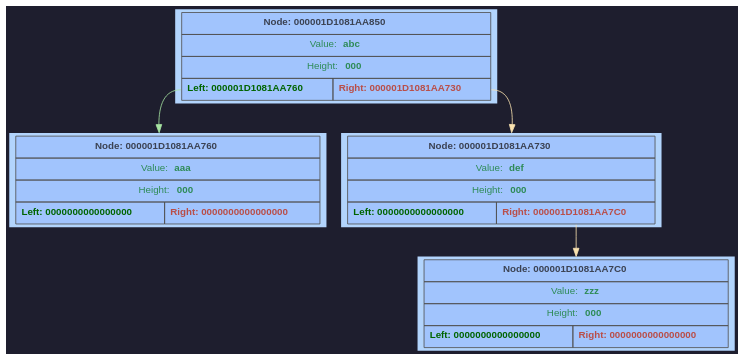
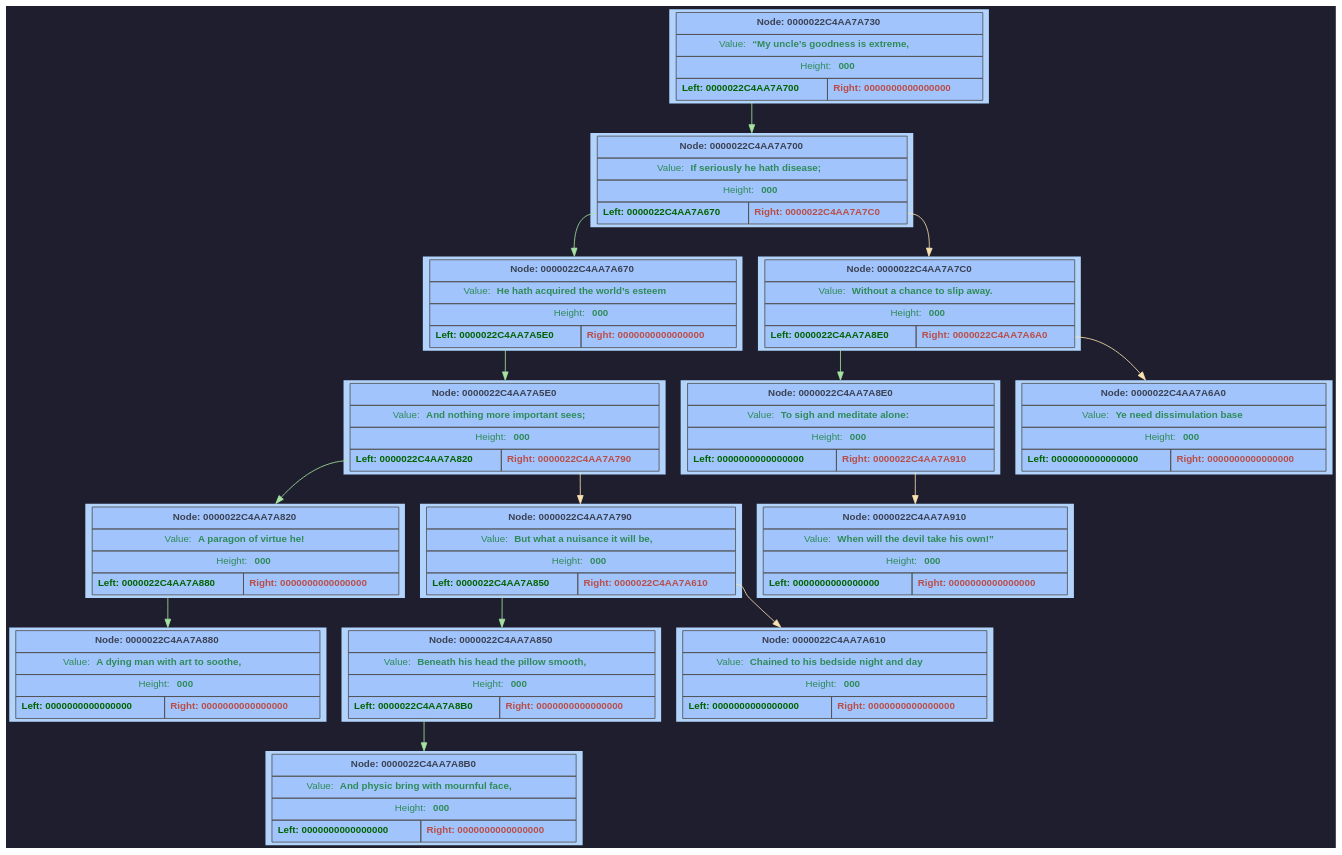
One commit to F1merhub/Binary_Tree changed the diagram in OrdinaryBinaryTree/GraphDump/dump.dot. Above: the diagram before and after it, drawn with Graphviz. The commit also changed 5 other files, not shown here.

Commit message:
sort onegin with graph_dump

```diff
--- a/OrdinaryBinaryTree/GraphDump/dump.dot
+++ b/OrdinaryBinaryTree/GraphDump/dump.dot
@@ -2,47 +2,157 @@
 	rankdir = TB;
 	bgcolor="#1e1e2e";
 	node [shape=rectangle, style=filled, fontname=Helvetica, fontsize=12, fillcolor="#89b4fa", color="#cba6f7", fontcolor="#1e1e2e"];
-	node000001D1081AA850 [shape=plaintext; style=filled; color="#fcf0d2"; fillcolor="#b2d4fc"; label = <
+	node0000022C4AA7A730 [shape=plaintext; style=filled; color="#fcf0d2"; fillcolor="#b2d4fc"; label = <
 		         <table BORDER="0" CELLBORDER="1" CELLSPACING="0" CELLPADDING="6" BGCOLOR="#a1c4fd" COLOR="#4f4f4f">
-			           <tr><td align='center' colspan='2'><FONT COLOR='#3b4252'><b>Node: 000001D1081AA850</b></FONT></td></tr>
-			           <tr><td align='center' colspan='2'><FONT COLOR='#2e8b57'>Value: <b>abc</b></FONT></td></tr>
+			           <tr><td align='center' colspan='2'><FONT COLOR='#3b4252'><b>Node: 0000022C4AA7A730</b></FONT></td></tr>
+			           <tr><td align='center' colspan='2'><FONT COLOR='#2e8b57'>Value: <b>“My uncle’s goodness is extreme,</b></FONT></td></tr>
 			           <tr><td align='center' colspan='2'><FONT COLOR='#2e8b57'>Height: <b>000</b></FONT></td></tr>
 			           <tr>
-			               <td WIDTH='150' PORT='left'  align='center'><FONT COLOR='#006400'><b>Left: 000001D1081AA760</b></FONT></td>
-			               <td WIDTH='150' PORT='right' align='center'><FONT COLOR='#b94e48'><b>Right: 000001D1081AA730</b></FONT></td>
+			               <td WIDTH='150' PORT='left'  align='center'><FONT COLOR='#006400'><b>Left: 0000022C4AA7A700</b></FONT></td>
+			               <td WIDTH='150' PORT='right' align='center'><FONT COLOR='#b94e48'><b>Right: 0000000000000000</b></FONT></td>
 			           </tr>
 		         </table> >];
-	node000001D1081AA760 [shape=plaintext; style=filled; color="#fcf0d2"; fillcolor="#b2d4fc"; label = <
+	node0000022C4AA7A700 [shape=plaintext; style=filled; color="#fcf0d2"; fillcolor="#b2d4fc"; label = <
 		         <table BORDER="0" CELLBORDER="1" CELLSPACING="0" CELLPADDING="6" BGCOLOR="#a1c4fd" COLOR="#4f4f4f">
-			           <tr><td align='center' colspan='2'><FONT COLOR='#3b4252'><b>Node: 000001D1081AA760</b></FONT></td></tr>
-			           <tr><td align='center' colspan='2'><FONT COLOR='#2e8b57'>Value: <b>aaa</b></FONT></td></tr>
+			           <tr><td align='center' colspan='2'><FONT COLOR='#3b4252'><b>Node: 0000022C4AA7A700</b></FONT></td></tr>
+			           <tr><td align='center' colspan='2'><FONT COLOR='#2e8b57'>Value: <b>If seriously he hath disease;</b></FONT></td></tr>
+			           <tr><td align='center' colspan='2'><FONT COLOR='#2e8b57'>Height: <b>000</b></FONT></td></tr>
+			           <tr>
+			               <td WIDTH='150' PORT='left'  align='center'><FONT COLOR='#006400'><b>Left: 0000022C4AA7A670</b></FONT></td>
+			               <td WIDTH='150' PORT='right' align='center'><FONT COLOR='#b94e48'><b>Right: 0000022C4AA7A7C0</b></FONT></td>
+			           </tr>
+		         </table> >];
+	node0000022C4AA7A670 [shape=plaintext; style=filled; color="#fcf0d2"; fillcolor="#b2d4fc"; label = <
+		         <table BORDER="0" CELLBORDER="1" CELLSPACING="0" CELLPADDING="6" BGCOLOR="#a1c4fd" COLOR="#4f4f4f">
+			           <tr><td align='center' colspan='2'><FONT COLOR='#3b4252'><b>Node: 0000022C4AA7A670</b></FONT></td></tr>
+			           <tr><td align='center' colspan='2'><FONT COLOR='#2e8b57'>Value: <b>He hath acquired the world’s esteem</b></FONT></td></tr>
+			           <tr><td align='center' colspan='2'><FONT COLOR='#2e8b57'>Height: <b>000</b></FONT></td></tr>
+			           <tr>
+			               <td WIDTH='150' PORT='left'  align='center'><FONT COLOR='#006400'><b>Left: 0000022C4AA7A5E0</b></FONT></td>
+			               <td WIDTH='150' PORT='right' align='center'><FONT COLOR='#b94e48'><b>Right: 0000000000000000</b></FONT></td>
+			           </tr>
+		         </table> >];
+	node0000022C4AA7A5E0 [shape=plaintext; style=filled; color="#fcf0d2"; fillcolor="#b2d4fc"; label = <
+		         <table BORDER="0" CELLBORDER="1" CELLSPACING="0" CELLPADDING="6" BGCOLOR="#a1c4fd" COLOR="#4f4f4f">
+			           <tr><td align='center' colspan='2'><FONT COLOR='#3b4252'><b>Node: 0000022C4AA7A5E0</b></FONT></td></tr>
+			           <tr><td align='center' colspan='2'><FONT COLOR='#2e8b57'>Value: <b>And nothing more important sees;</b></FONT></td></tr>
+			           <tr><td align='center' colspan='2'><FONT COLOR='#2e8b57'>Height: <b>000</b></FONT></td></tr>
+			           <tr>
+			               <td WIDTH='150' PORT='left'  align='center'><FONT COLOR='#006400'><b>Left: 0000022C4AA7A820</b></FONT></td>
+			               <td WIDTH='150' PORT='right' align='center'><FONT COLOR='#b94e48'><b>Right: 0000022C4AA7A790</b></FONT></td>
+			           </tr>
+		         </table> >];
+	node0000022C4AA7A820 [shape=plaintext; style=filled; color="#fcf0d2"; fillcolor="#b2d4fc"; label = <
+		         <table BORDER="0" CELLBORDER="1" CELLSPACING="0" CELLPADDING="6" BGCOLOR="#a1c4fd" COLOR="#4f4f4f">
+			           <tr><td align='center' colspan='2'><FONT COLOR='#3b4252'><b>Node: 0000022C4AA7A820</b></FONT></td></tr>
+			           <tr><td align='center' colspan='2'><FONT COLOR='#2e8b57'>Value: <b>A paragon of virtue he!</b></FONT></td></tr>
+			           <tr><td align='center' colspan='2'><FONT COLOR='#2e8b57'>Height: <b>000</b></FONT></td></tr>
+			           <tr>
+			               <td WIDTH='150' PORT='left'  align='center'><FONT COLOR='#006400'><b>Left: 0000022C4AA7A880</b></FONT></td>
+			               <td WIDTH='150' PORT='right' align='center'><FONT COLOR='#b94e48'><b>Right: 0000000000000000</b></FONT></td>
+			           </tr>
+		         </table> >];
+	node0000022C4AA7A880 [shape=plaintext; style=filled; color="#fcf0d2"; fillcolor="#b2d4fc"; label = <
+		         <table BORDER="0" CELLBORDER="1" CELLSPACING="0" CELLPADDING="6" BGCOLOR="#a1c4fd" COLOR="#4f4f4f">
+			           <tr><td align='center' colspan='2'><FONT COLOR='#3b4252'><b>Node: 0000022C4AA7A880</b></FONT></td></tr>
+			           <tr><td align='center' colspan='2'><FONT COLOR='#2e8b57'>Value: <b>A dying man with art to soothe,</b></FONT></td></tr>
 			           <tr><td align='center' colspan='2'><FONT COLOR='#2e8b57'>Height: <b>000</b></FONT></td></tr>
 			           <tr>
 			               <td WIDTH='150' PORT='left'  align='center'><FONT COLOR='#006400'><b>Left: 0000000000000000</b></FONT></td>
 			               <td WIDTH='150' PORT='right' align='center'><FONT COLOR='#b94e48'><b>Right: 0000000000000000</b></FONT></td>
 			           </tr>
 		         </table> >];
-	node000001D1081AA850:left -> node000001D1081AA760 [color="#a6e3a1"];
-	node000001D1081AA730 [shape=plaintext; style=filled; color="#fcf0d2"; fillcolor="#b2d4fc"; label = <
+	node0000022C4AA7A820:left -> node0000022C4AA7A880 [color="#a6e3a1"];
+	node0000022C4AA7A5E0:left -> node0000022C4AA7A820 [color="#a6e3a1"];
+	node0000022C4AA7A790 [shape=plaintext; style=filled; color="#fcf0d2"; fillcolor="#b2d4fc"; label = <
 		         <table BORDER="0" CELLBORDER="1" CELLSPACING="0" CELLPADDING="6" BGCOLOR="#a1c4fd" COLOR="#4f4f4f">
-			           <tr><td align='center' colspan='2'><FONT COLOR='#3b4252'><b>Node: 000001D1081AA730</b></FONT></td></tr>
-			           <tr><td align='center' colspan='2'><FONT COLOR='#2e8b57'>Value: <b>def</b></FONT></td></tr>
+			           <tr><td align='center' colspan='2'><FONT COLOR='#3b4252'><b>Node: 0000022C4AA7A790</b></FONT></td></tr>
+			           <tr><td align='center' colspan='2'><FONT COLOR='#2e8b57'>Value: <b>But what a nuisance it will be,</b></FONT></td></tr>
 			           <tr><td align='center' colspan='2'><FONT COLOR='#2e8b57'>Height: <b>000</b></FONT></td></tr>
 			           <tr>
-			               <td WIDTH='150' PORT='left'  align='center'><FONT COLOR='#006400'><b>Left: 0000000000000000</b></FONT></td>
-			               <td WIDTH='150' PORT='right' align='center'><FONT COLOR='#b94e48'><b>Right: 000001D1081AA7C0</b></FONT></td>
+			               <td WIDTH='150' PORT='left'  align='center'><FONT COLOR='#006400'><b>Left: 0000022C4AA7A850</b></FONT></td>
+			               <td WIDTH='150' PORT='right' align='center'><FONT COLOR='#b94e48'><b>Right: 0000022C4AA7A610</b></FONT></td>
 			           </tr>
 		         </table> >];
-	node000001D1081AA7C0 [shape=plaintext; style=filled; color="#fcf0d2"; fillcolor="#b2d4fc"; label = <
+	node0000022C4AA7A850 [shape=plaintext; style=filled; color="#fcf0d2"; fillcolor="#b2d4fc"; label = <
 		         <table BORDER="0" CELLBORDER="1" CELLSPACING="0" CELLPADDING="6" BGCOLOR="#a1c4fd" COLOR="#4f4f4f">
-			           <tr><td align='center' colspan='2'><FONT COLOR='#3b4252'><b>Node: 000001D1081AA7C0</b></FONT></td></tr>
-			           <tr><td align='center' colspan='2'><FONT COLOR='#2e8b57'>Value: <b>zzz</b></FONT></td></tr>
+			           <tr><td align='center' colspan='2'><FONT COLOR='#3b4252'><b>Node: 0000022C4AA7A850</b></FONT></td></tr>
+			           <tr><td align='center' colspan='2'><FONT COLOR='#2e8b57'>Value: <b>Beneath his head the pillow smooth,</b></FONT></td></tr>
+			           <tr><td align='center' colspan='2'><FONT COLOR='#2e8b57'>Height: <b>000</b></FONT></td></tr>
+			           <tr>
+			               <td WIDTH='150' PORT='left'  align='center'><FONT COLOR='#006400'><b>Left: 0000022C4AA7A8B0</b></FONT></td>
+			               <td WIDTH='150' PORT='right' align='center'><FONT COLOR='#b94e48'><b>Right: 0000000000000000</b></FONT></td>
+			           </tr>
+		         </table> >];
+	node0000022C4AA7A8B0 [shape=plaintext; style=filled; color="#fcf0d2"; fillcolor="#b2d4fc"; label = <
+		         <table BORDER="0" CELLBORDER="1" CELLSPACING="0" CELLPADDING="6" BGCOLOR="#a1c4fd" COLOR="#4f4f4f">
+			           <tr><td align='center' colspan='2'><FONT COLOR='#3b4252'><b>Node: 0000022C4AA7A8B0</b></FONT></td></tr>
+			           <tr><td align='center' colspan='2'><FONT COLOR='#2e8b57'>Value: <b>And physic bring with mournful face,</b></FONT></td></tr>
 			           <tr><td align='center' colspan='2'><FONT COLOR='#2e8b57'>Height: <b>000</b></FONT></td></tr>
 			           <tr>
 			               <td WIDTH='150' PORT='left'  align='center'><FONT COLOR='#006400'><b>Left: 0000000000000000</b></FONT></td>
 			               <td WIDTH='150' PORT='right' align='center'><FONT COLOR='#b94e48'><b>Right: 0000000000000000</b></FONT></td>
 			           </tr>
 		         </table> >];
-	node000001D1081AA730:right -> node000001D1081AA7C0 [color="#f9e2af"];
-	node000001D1081AA850:right -> node000001D1081AA730 [color="#f9e2af"];
+	node0000022C4AA7A850:left -> node0000022C4AA7A8B0 [color="#a6e3a1"];
+	node0000022C4AA7A790:left -> node0000022C4AA7A850 [color="#a6e3a1"];
+	node0000022C4AA7A610 [shape=plaintext; style=filled; color="#fcf0d2"; fillcolor="#b2d4fc"; label = <
+		         <table BORDER="0" CELLBORDER="1" CELLSPACING="0" CELLPADDING="6" BGCOLOR="#a1c4fd" COLOR="#4f4f4f">
+			           <tr><td align='center' colspan='2'><FONT COLOR='#3b4252'><b>Node: 0000022C4AA7A610</b></FONT></td></tr>
+			           <tr><td align='center' colspan='2'><FONT COLOR='#2e8b57'>Value: <b>Chained to his bedside night and day</b></FONT></td></tr>
+			           <tr><td align='center' colspan='2'><FONT COLOR='#2e8b57'>Height: <b>000</b></FONT></td></tr>
+			           <tr>
+			               <td WIDTH='150' PORT='left'  align='center'><FONT COLOR='#006400'><b>Left: 0000000000000000</b></FONT></td>
+			               <td WIDTH='150' PORT='right' align='center'><FONT COLOR='#b94e48'><b>Right: 0000000000000000</b></FONT></td>
+			           </tr>
+		         </table> >];
+	node0000022C4AA7A790:right -> node0000022C4AA7A610 [color="#f9e2af"];
+	node0000022C4AA7A5E0:right -> node0000022C4AA7A790 [color="#f9e2af"];
+	node0000022C4AA7A670:left -> node0000022C4AA7A5E0 [color="#a6e3a1"];
+	node0000022C4AA7A700:left -> node0000022C4AA7A670 [color="#a6e3a1"];
+	node0000022C4AA7A7C0 [shape=plaintext; style=filled; color="#fcf0d2"; fillcolor="#b2d4fc"; label = <
+		         <table BORDER="0" CELLBORDER="1" CELLSPACING="0" CELLPADDING="6" BGCOLOR="#a1c4fd" COLOR="#4f4f4f">
+			           <tr><td align='center' colspan='2'><FONT COLOR='#3b4252'><b>Node: 0000022C4AA7A7C0</b></FONT></td></tr>
+			           <tr><td align='center' colspan='2'><FONT COLOR='#2e8b57'>Value: <b>Without a chance to slip away.</b></FONT></td></tr>
+			           <tr><td align='center' colspan='2'><FONT COLOR='#2e8b57'>Height: <b>000</b></FONT></td></tr>
+			           <tr>
+			               <td WIDTH='150' PORT='left'  align='center'><FONT COLOR='#006400'><b>Left: 0000022C4AA7A8E0</b></FONT></td>
+			               <td WIDTH='150' PORT='right' align='center'><FONT COLOR='#b94e48'><b>Right: 0000022C4AA7A6A0</b></FONT></td>
+			           </tr>
+		         </table> >];
+	node0000022C4AA7A8E0 [shape=plaintext; style=filled; color="#fcf0d2"; fillcolor="#b2d4fc"; label = <
+		         <table BORDER="0" CELLBORDER="1" CELLSPACING="0" CELLPADDING="6" BGCOLOR="#a1c4fd" COLOR="#4f4f4f">
+			           <tr><td align='center' colspan='2'><FONT COLOR='#3b4252'><b>Node: 0000022C4AA7A8E0</b></FONT></td></tr>
+			           <tr><td align='center' colspan='2'><FONT COLOR='#2e8b57'>Value: <b>To sigh and meditate alone:</b></FONT></td></tr>
+			           <tr><td align='center' colspan='2'><FONT COLOR='#2e8b57'>Height: <b>000</b></FONT></td></tr>
+			           <tr>
+			               <td WIDTH='150' PORT='left'  align='center'><FONT COLOR='#006400'><b>Left: 0000000000000000</b></FONT></td>
+			               <td WIDTH='150' PORT='right' align='center'><FONT COLOR='#b94e48'><b>Right: 0000022C4AA7A910</b></FONT></td>
+			           </tr>
+		         </table> >];
+	node0000022C4AA7A910 [shape=plaintext; style=filled; color="#fcf0d2"; fillcolor="#b2d4fc"; label = <
+		         <table BORDER="0" CELLBORDER="1" CELLSPACING="0" CELLPADDING="6" BGCOLOR="#a1c4fd" COLOR="#4f4f4f">
+			           <tr><td align='center' colspan='2'><FONT COLOR='#3b4252'><b>Node: 0000022C4AA7A910</b></FONT></td></tr>
+			           <tr><td align='center' colspan='2'><FONT COLOR='#2e8b57'>Value: <b>When will the devil take his own!”</b></FONT></td></tr>
+			           <tr><td align='center' colspan='2'><FONT COLOR='#2e8b57'>Height: <b>000</b></FONT></td></tr>
+			           <tr>
+			               <td WIDTH='150' PORT='left'  align='center'><FONT COLOR='#006400'><b>Left: 0000000000000000</b></FONT></td>
+			               <td WIDTH='150' PORT='right' align='center'><FONT COLOR='#b94e48'><b>Right: 0000000000000000</b></FONT></td>
+			           </tr>
+		         </table> >];
+	node0000022C4AA7A8E0:right -> node0000022C4AA7A910 [color="#f9e2af"];
+	node0000022C4AA7A7C0:left -> node0000022C4AA7A8E0 [color="#a6e3a1"];
+	node0000022C4AA7A6A0 [shape=plaintext; style=filled; color="#fcf0d2"; fillcolor="#b2d4fc"; label = <
+		         <table BORDER="0" CELLBORDER="1" CELLSPACING="0" CELLPADDING="6" BGCOLOR="#a1c4fd" COLOR="#4f4f4f">
+			           <tr><td align='center' colspan='2'><FONT COLOR='#3b4252'><b>Node: 0000022C4AA7A6A0</b></FONT></td></tr>
+			           <tr><td align='center' colspan='2'><FONT COLOR='#2e8b57'>Value: <b>Ye need dissimulation base</b></FONT></td></tr>
+			           <tr><td align='center' colspan='2'><FONT COLOR='#2e8b57'>Height: <b>000</b></FONT></td></tr>
+			           <tr>
+			               <td WIDTH='150' PORT='left'  align='center'><FONT COLOR='#006400'><b>Left: 0000000000000000</b></FONT></td>
+			               <td WIDTH='150' PORT='right' align='center'><FONT COLOR='#b94e48'><b>Right: 0000000000000000</b></FONT></td>
+			           </tr>
+		         </table> >];
+	node0000022C4AA7A7C0:right -> node0000022C4AA7A6A0 [color="#f9e2af"];
+	node0000022C4AA7A700:right -> node0000022C4AA7A7C0 [color="#f9e2af"];
+	node0000022C4AA7A730:left -> node0000022C4AA7A700 [color="#a6e3a1"];
 }
```
